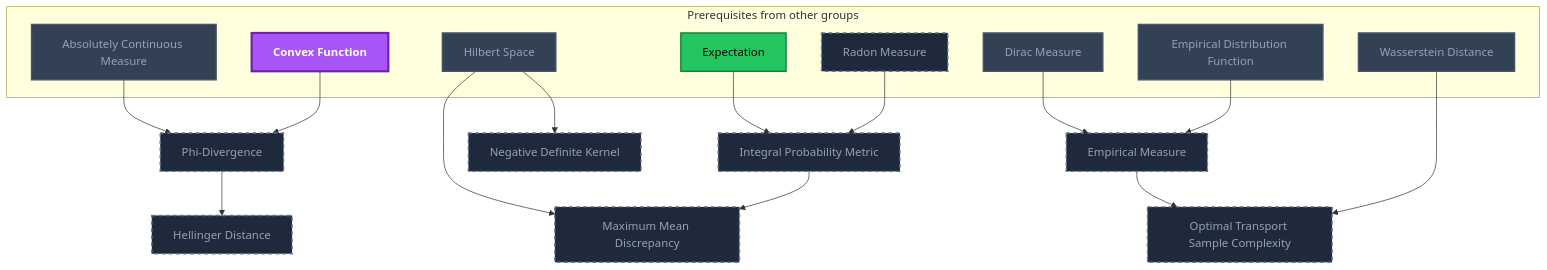
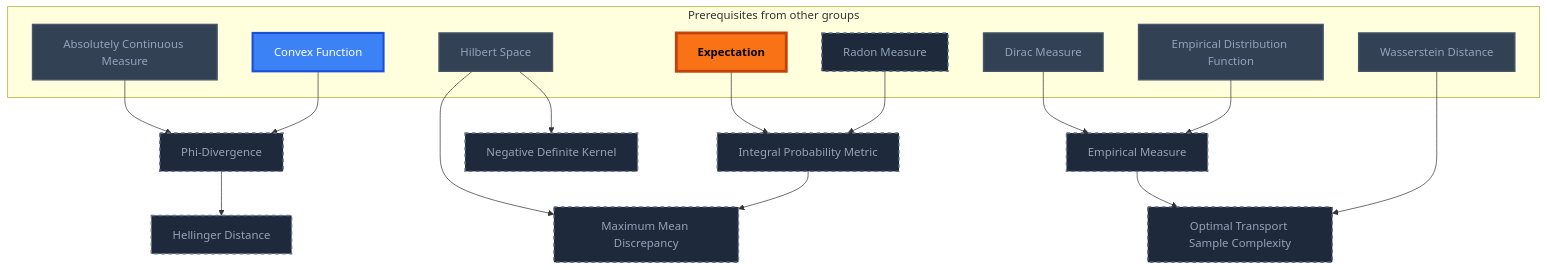
One commit to MRauf1/My-Notes changed the seventh of 9 diagrams in Gamification/Skill Trees/Optimal Transport.md. Above: the diagram before and after it, drawn with Mermaid. The commit also changed other lines of this file and 73 other files, not shown here.

````diff
--- a/Gamification/Skill Trees/Optimal Transport.md
+++ b/Gamification/Skill Trees/Optimal Transport.md
@@ -329,46 +328,46 @@
 ```mermaid
 flowchart TD
     classDef planned fill:#1E293B,stroke:#64748B,stroke-width:2px,stroke-dasharray:5 5,color:#94A3B8;
     classDef locked fill:#334155,stroke:#475569,stroke-width:2px,color:#94A3B8;
     classDef L0 fill:#F1F5F9,stroke:#94A3B8,stroke-width:2px,color:#000000;
     classDef L1 fill:#22C55E,stroke:#15803D,stroke-width:2px,color:#000000;
     classDef L2 fill:#3B82F6,stroke:#1D4ED8,stroke-width:3px,color:#FFFFFF;
     classDef L3 fill:#A855F7,stroke:#6B21A8,stroke-width:3px,color:#FFFFFF,font-weight:bold;
     classDef L4 fill:#F97316,stroke:#C2410C,stroke-width:4px,color:#000000,font-weight:bold;
     classDef L5 fill:#FFD700,stroke:#FF8C00,stroke-width:5px,color:#000000,font-weight:bold;
     classDef rusty stroke:#8B4513,stroke-width:4px,stroke-dasharray:3 3;
     subgraph sg_prereqs["Prerequisites from other groups"]
         n_absolutely_continuous_measure["Absolutely Continuous Measure"]
         n_convex_function["Convex Function"]
         n_expectation["Expectation"]
         n_radon_measure["Radon Measure"]
         n_hilbert_space["Hilbert Space"]
         n_dirac_measure["Dirac Measure"]
         n_empirical_distribution_function["Empirical Distribution Function"]
         n_wasserstein_distance["Wasserstein Distance"]
     end
     n_phi_divergence["Phi-Divergence"]
     n_hellinger_distance["Hellinger Distance"]
     n_integral_probability_metric["Integral Probability Metric"]
     n_maximum_mean_discrepancy["Maximum Mean Discrepancy"]
     n_negative_definite_kernel["Negative Definite Kernel"]
     n_empirical_measure["Empirical Measure"]
     n_optimal_transport_sample_complexity["Optimal Transport Sample Complexity"]
     n_absolutely_continuous_measure --> n_phi_divergence
     n_convex_function --> n_phi_divergence
     n_phi_divergence --> n_hellinger_distance
     n_expectation --> n_integral_probability_metric
     n_radon_measure --> n_integral_probability_metric
     n_hilbert_space --> n_maximum_mean_discrepancy
     n_integral_probability_metric --> n_maximum_mean_discrepancy
     n_hilbert_space --> n_negative_definite_kernel
     n_dirac_measure --> n_empirical_measure
     n_empirical_distribution_function --> n_empirical_measure
     n_empirical_measure --> n_optimal_transport_sample_complexity
     n_wasserstein_distance --> n_optimal_transport_sample_complexity
     class n_radon_measure,n_phi_divergence,n_hellinger_distance,n_integral_probability_metric,n_maximum_mean_discrepancy,n_negative_definite_kernel,n_empirical_measure,n_optimal_transport_sample_complexity planned;
     class n_absolutely_continuous_measure,n_hilbert_space,n_dirac_measure,n_empirical_distribution_function,n_wasserstein_distance locked;
-    class n_expectation L1;
-    class n_convex_function L3;
+    class n_convex_function L2;
+    class n_expectation L4;
     class n_absolutely_continuous_measure,n_convex_function,n_expectation,n_hilbert_space,n_dirac_measure,n_empirical_distribution_function,n_wasserstein_distance internal-link;
 ```
````
